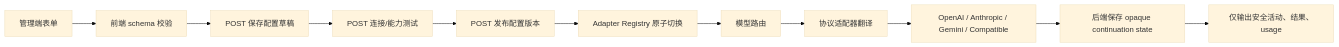
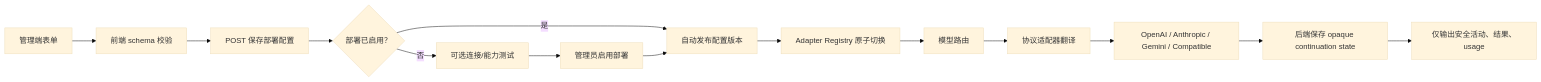
Before and after one commit to quant-code-cpx/client-code: the diagram in docs/design/模型供应商-重构-前端设计.md, drawn with Mermaid (base theme). The commit also changed other lines of this file and 71 other files, not shown here.

````diff
--- a/docs/design/模型供应商-重构-前端设计.md
+++ b/docs/design/模型供应商-重构-前端设计.md
@@ -328,13 +328,16 @@
 ```mermaid
 flowchart LR
   UI["管理端表单"] --> Validate["前端 schema 校验"]
-  Validate --> Draft["POST 保存配置草稿"]
-  Draft --> Probe["POST 连接/能力测试"]
-  Probe --> Publish["POST 发布配置版本"]
+  Validate --> Draft["POST 保存部署配置"]
+  Draft --> Enabled{"部署已启用？"}
+  Enabled -- 否 --> Probe["可选连接/能力测试"]
+  Enabled -- 是 --> Publish["自动发布配置版本"]
+  Probe --> Enable["管理员启用部署"]
+  Enable --> Publish
   Publish --> Registry["Adapter Registry 原子切换"]
   Registry --> Router["模型路由"]
   Router --> Adapter["协议适配器翻译"]
   Adapter --> Upstream["OpenAI / Anthropic / Gemini / Compatible"]
   Upstream --> Opaque["后端保存 opaque continuation state"]
   Opaque --> SafeEvents["仅输出安全活动、结果、usage"]
 ```
````
